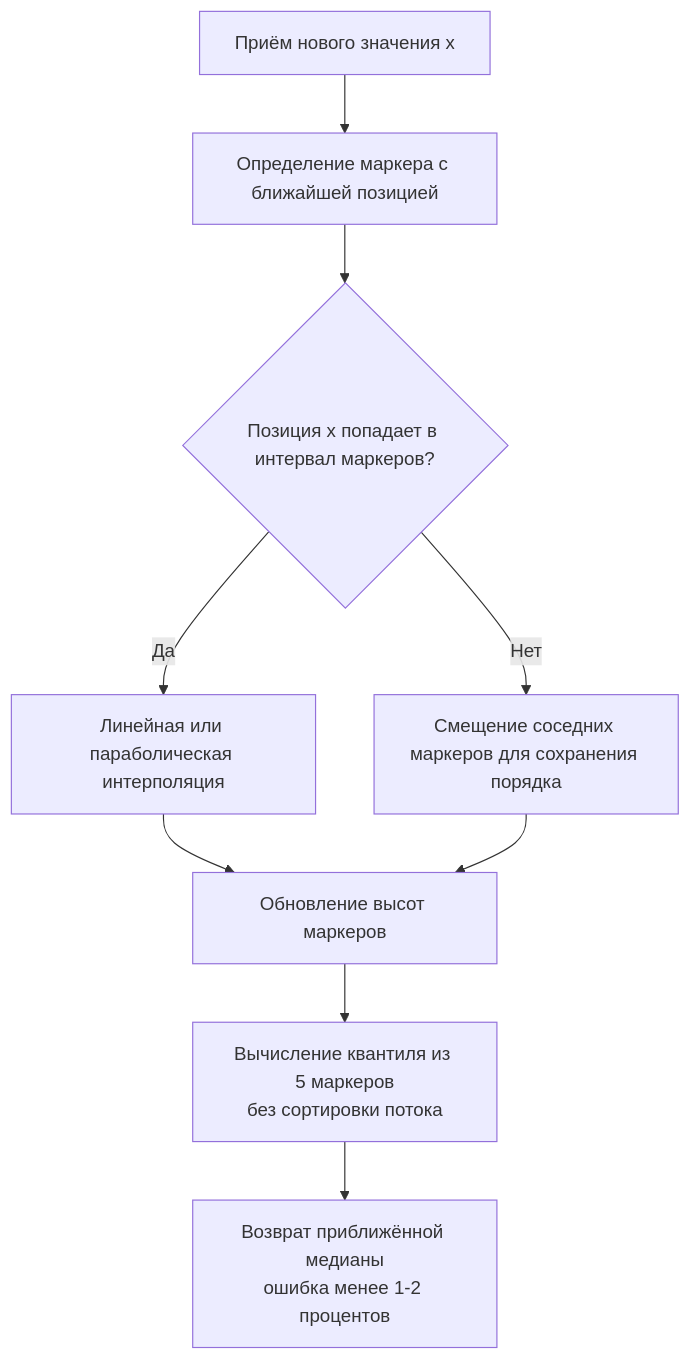
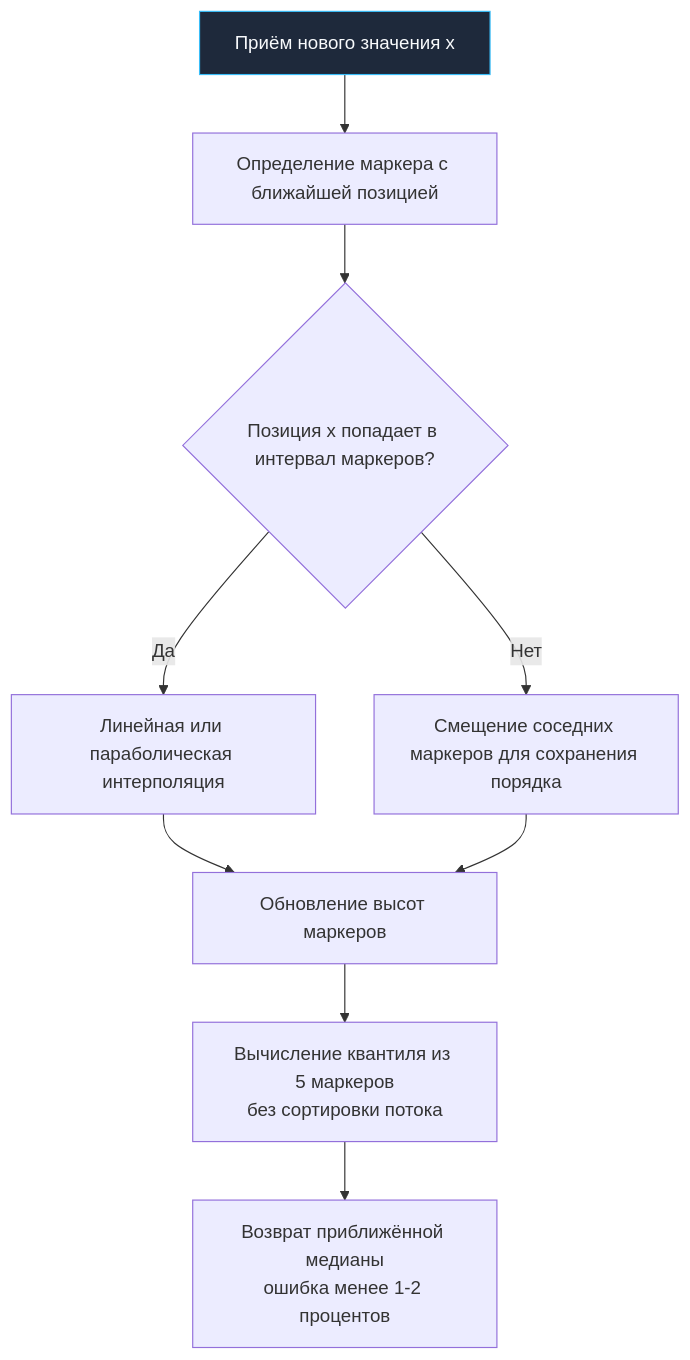
One commit to UnrealTemplier/go-textbook changed the first of 2 diagrams in sources/21. Задачи с LeetCode и собеседований на Go/02. Задачи/28. Потоковые алгоритмы/5. Find Median in Infinite Stream.md. Above: the diagram before and after it, drawn with Mermaid. The commit also changed other lines of this file and 1666 other files, not shown here.

First line of the commit message:
feat(mermaid): add semantic color classDef to 1369 colorless flowchart/graph diagrams

````diff
--- a/sources/21. Задачи с LeetCode и собеседований на Go/02. Задачи/28. Потоковые алгоритмы/5. Find Median in Infinite Stream.md
+++ b/sources/21. Задачи с LeetCode и собеседований на Go/02. Задачи/28. Потоковые алгоритмы/5. Find Median in Infinite Stream.md
@@ -5,11 +5,21 @@
 ```mermaid
 flowchart TD
-  A["Приём нового значения x"] --> B["Определение маркера с ближайшей позицией"]
+    classDef process  fill:#1e293b,stroke:#38bdf8,stroke-width:1px,color:#f8fafc
+    classDef success  fill:#064e3b,stroke:#34d399,stroke-width:1px,color:#f8fafc
+    classDef error    fill:#7f1d1d,stroke:#f87171,stroke-width:1px,color:#f8fafc
+    classDef warning  fill:#78350f,stroke:#fbbf24,stroke-width:1px,color:#f8fafc
+    classDef entry    fill:#1e3a5f,stroke:#38bdf8,stroke-width:2px,color:#f8fafc
+    classDef aux      fill:#334155,stroke:#64748b,stroke-width:1px,color:#f8fafc
+    classDef system   fill:#312e81,stroke:#a78bfa,stroke-width:1px,color:#f8fafc
+    classDef data     fill:#132d29,stroke:#2dd4bf,stroke-width:1px,color:#f8fafc
+    classDef network  fill:#881337,stroke:#fb7185,stroke-width:1px,color:#f8fafc
+    classDef accent   fill:#1e1b4b,stroke:#818cf8,stroke-width:1px,color:#f8fafc
+  A["Приём нового значения x"]:::process --> B["Определение маркера с ближайшей позицией"]
   B --> C{"Позиция x попадает в интервал маркеров?"}
   C -->|Да| D["Линейная или параболическая интерполяция"]
   C -->|Нет| E["Смещение соседних маркеров для сохранения порядка"]
   D --> F["Обновление высот маркеров"]
   E --> F
   F --> G["Вычисление квантиля из 5 маркеров<br>без сортировки потока"]
   G --> H["Возврат приближённой медианы<br>ошибка менее 1-2 процентов"]
 ```
````
